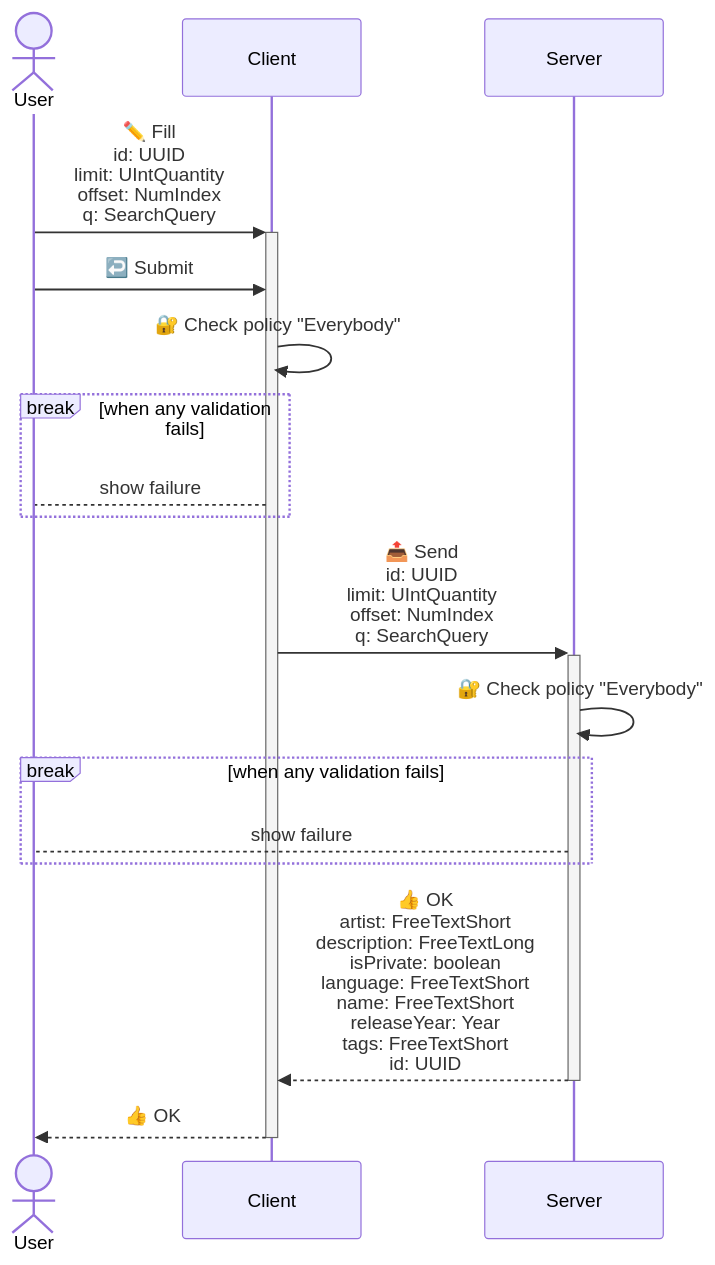
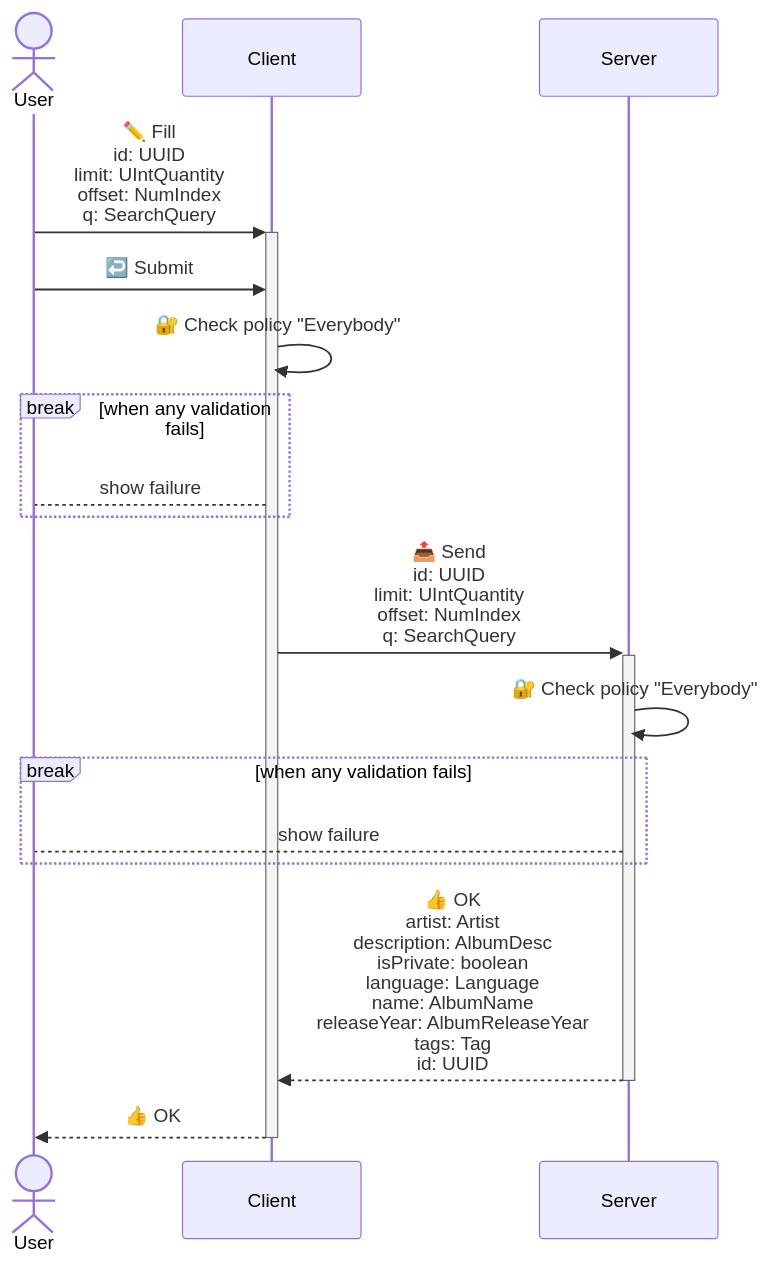
One commit to c100k/libmodulor changed the fourth of 6 diagrams in examples/apps/Spotify/README.md. Above: the diagram before and after it, drawn with Mermaid. The commit also changed other lines of this file and 23 other files, not shown here.

````diff
--- a/examples/apps/Spotify/README.md
+++ b/examples/apps/Spotify/README.md
@@ -200,17 +200,17 @@
 ```mermaid
 sequenceDiagram
     actor User
     User->>+Client: ✏️ Fill<br/>id: UUID<br/>limit: UIntQuantity<br/>offset: NumIndex<br/>q: SearchQuery
     User->>Client: ↩️ Submit
     Client->>Client: 🔐 Check policy "Everybody"
     break when any validation fails
         Client-->User: show failure
     end
     Client->>+Server: 📤 Send<br/>id: UUID<br/>limit: UIntQuantity<br/>offset: NumIndex<br/>q: SearchQuery
     Server->>Server: 🔐 Check policy "Everybody"
     break when any validation fails
         Server-->User: show failure
     end
-    Server-->>-Client: 👍 OK<br/>artist: FreeTextShort<br/>description: FreeTextLong<br/>isPrivate: boolean<br/>language: FreeTextShort<br/>name: FreeTextShort<br/>releaseYear: Year<br/>tags: FreeTextShort<br/>id: UUID
+    Server-->>-Client: 👍 OK<br/>artist: Artist<br/>description: AlbumDesc<br/>isPrivate: boolean<br/>language: Language<br/>name: AlbumName<br/>releaseYear: AlbumReleaseYear<br/>tags: Tag<br/>id: UUID
     Client-->>-User: 👍 OK
 ```
````
